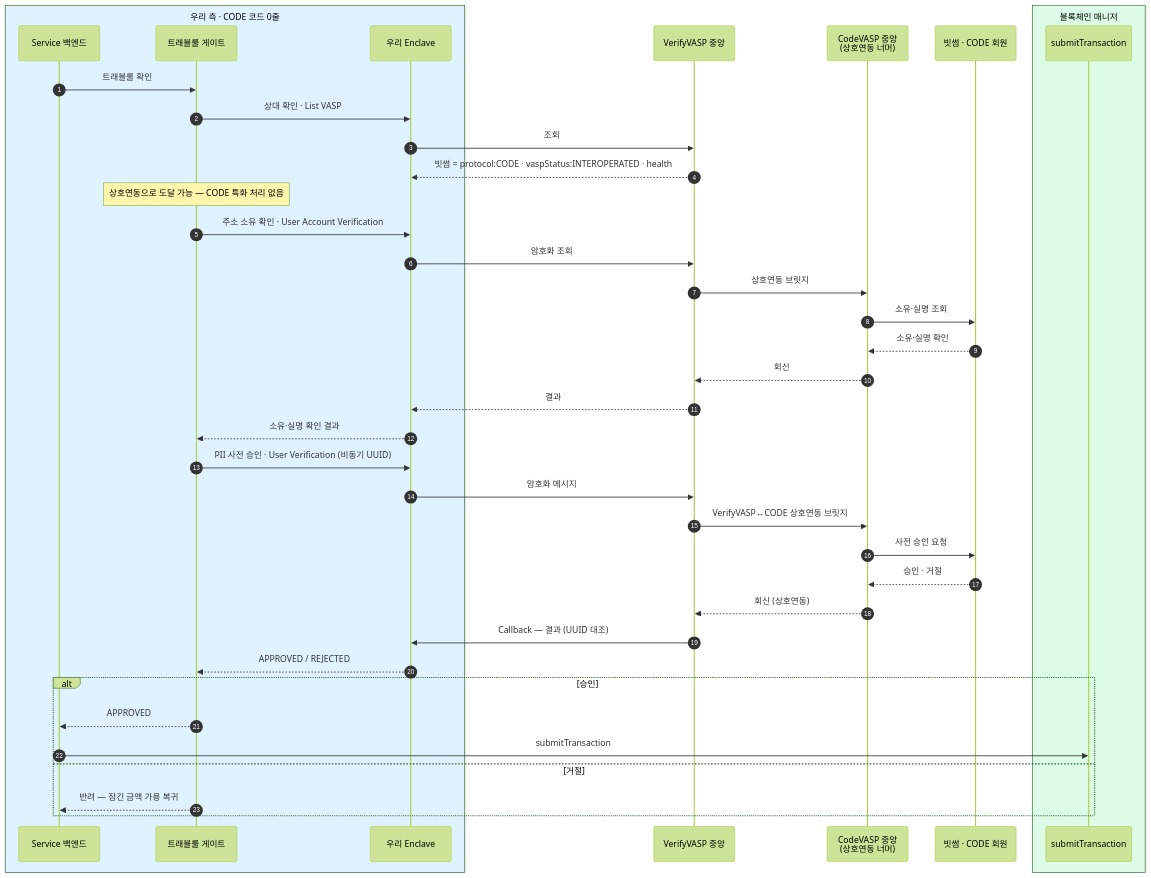
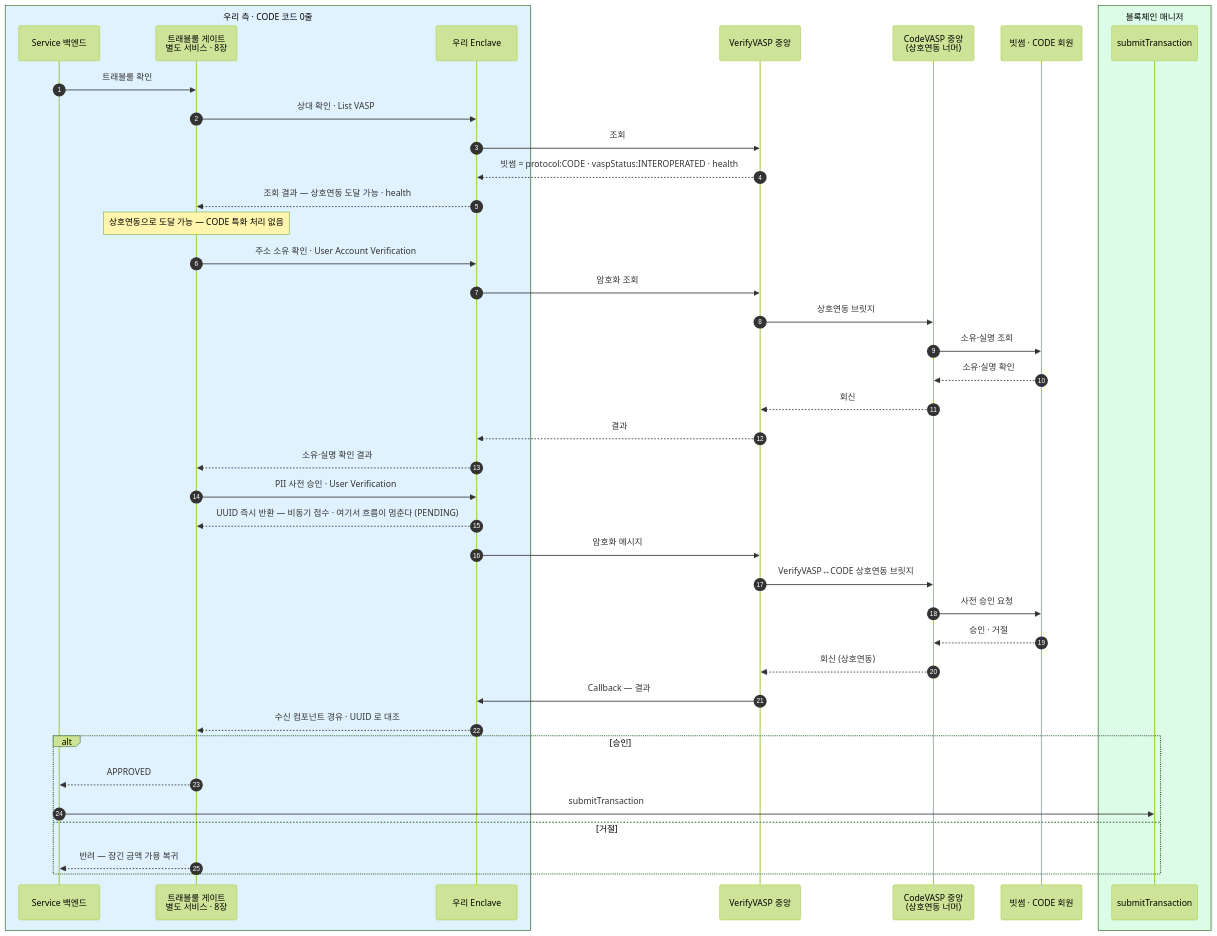
Before and after one commit to eunsujeo/eunpus: the first of 2 diagrams in blockchain-manager/docs/트래블룰/설계/11-appendix-domestic-flows.md, drawn with Mermaid (forest theme). The commit also changed other lines of this file and 36 other files, not shown here.

````diff
--- a/blockchain-manager/docs/트래블룰/설계/11-appendix-domestic-flows.md
+++ b/blockchain-manager/docs/트래블룰/설계/11-appendix-domestic-flows.md
@@ -22,43 +22,45 @@
 ```mermaid
 sequenceDiagram
     autonumber
     box rgb(224,242,254) 우리 측 · CODE 코드 0줄
     participant BE as Service 백엔드
-    participant GT as 트래블룰 게이트
+    participant GT as 트래블룰 게이트<br/>별도 서비스 · 8장
     participant EN as 우리 Enclave
     end
     participant HUB as VerifyVASP 중앙
     participant CV as CodeVASP 중앙<br/>(상호연동 너머)
     participant RV as 빗썸 · CODE 회원
     box rgb(220,252,231) 블록체인 매니저
     participant BM as submitTransaction
     end
 
     BE->>GT: 트래블룰 확인
     GT->>EN: 상대 확인 · List VASP
     EN->>HUB: 조회
     HUB-->>EN: 빗썸 = protocol:CODE · vaspStatus:INTEROPERATED · health
+    EN-->>GT: 조회 결과 — 상호연동 도달 가능 · health
     Note over GT: 상호연동으로 도달 가능 — CODE 특화 처리 없음
     GT->>EN: 주소 소유 확인 · User Account Verification
     EN->>HUB: 암호화 조회
     HUB->>CV: 상호연동 브릿지
     CV->>RV: 소유·실명 조회
     RV-->>CV: 소유·실명 확인
     CV-->>HUB: 회신
     HUB-->>EN: 결과
     EN-->>GT: 소유·실명 확인 결과
-    GT->>EN: PII 사전 승인 · User Verification (비동기 UUID)
+    GT->>EN: PII 사전 승인 · User Verification
+    EN-->>GT: UUID 즉시 반환 — 비동기 접수 · 여기서 흐름이 멈춘다 (PENDING)
     EN->>HUB: 암호화 메시지
     HUB->>CV: VerifyVASP↔CODE 상호연동 브릿지
     CV->>RV: 사전 승인 요청
     RV-->>CV: 승인 · 거절
     CV-->>HUB: 회신 (상호연동)
-    HUB->>EN: Callback — 결과 (UUID 대조)
-    EN-->>GT: APPROVED / REJECTED
+    HUB->>EN: Callback — 결과
+    EN-->>GT: 수신 컴포넌트 경유 · UUID 로 대조
     alt 승인
         GT-->>BE: APPROVED
         BE->>BM: submitTransaction
     else 거절
         GT-->>BE: 반려 — 잠긴 금액 가용 복귀
     end
 ```
````
